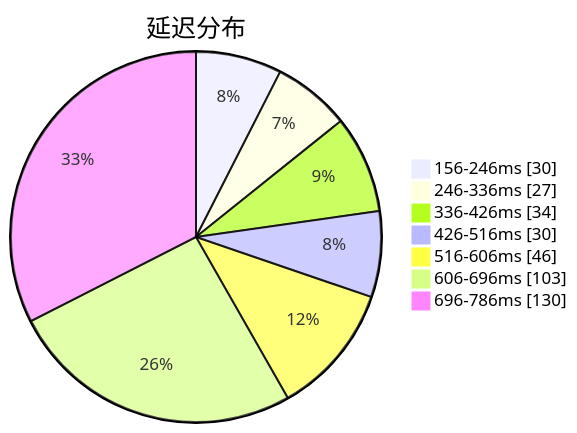
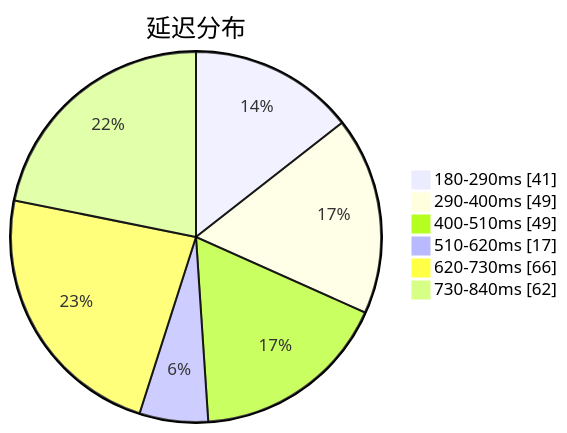
The first of 3 diagrams in subs/statistics/tested_within.md (qjlxg/airport), drawn with Mermaid before and after one commit. The commit also changed other lines of this file and 2 other files, not shown here.

Commit message:
Tested by metaST

````diff
--- a/subs/statistics/tested_within.md
+++ b/subs/statistics/tested_within.md
@@ -2,11 +2,10 @@
 ```mermaid
 pie showData
 title 延迟分布
-"156-246ms" : 30
-"246-336ms" : 27
-"336-426ms" : 34
-"426-516ms" : 30
-"516-606ms" : 46
-"606-696ms" : 103
-"696-786ms" : 130
+"180-290ms" : 41
+"290-400ms" : 49
+"400-510ms" : 49
+"510-620ms" : 17
+"620-730ms" : 66
+"730-840ms" : 62
 ```
````
